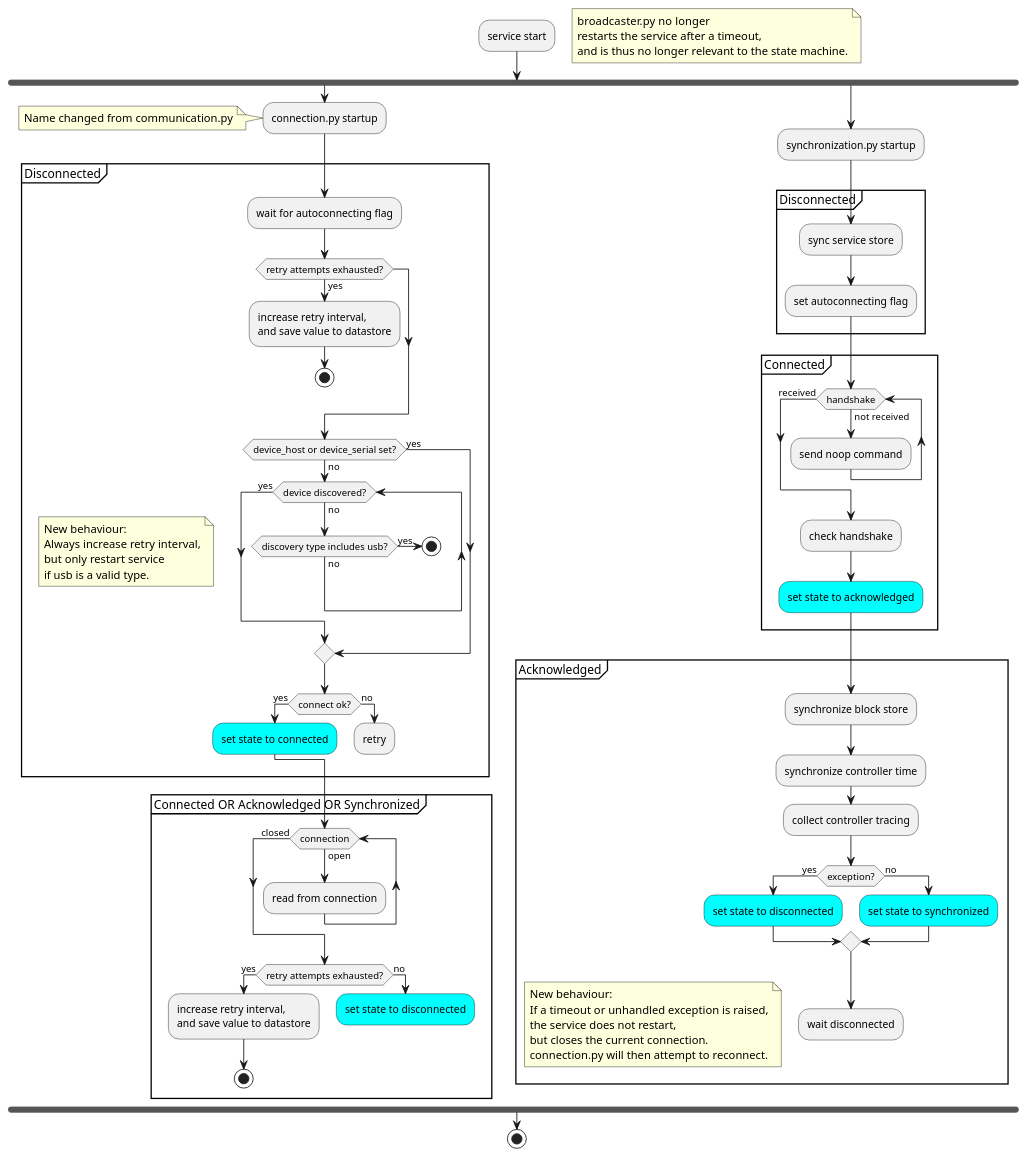
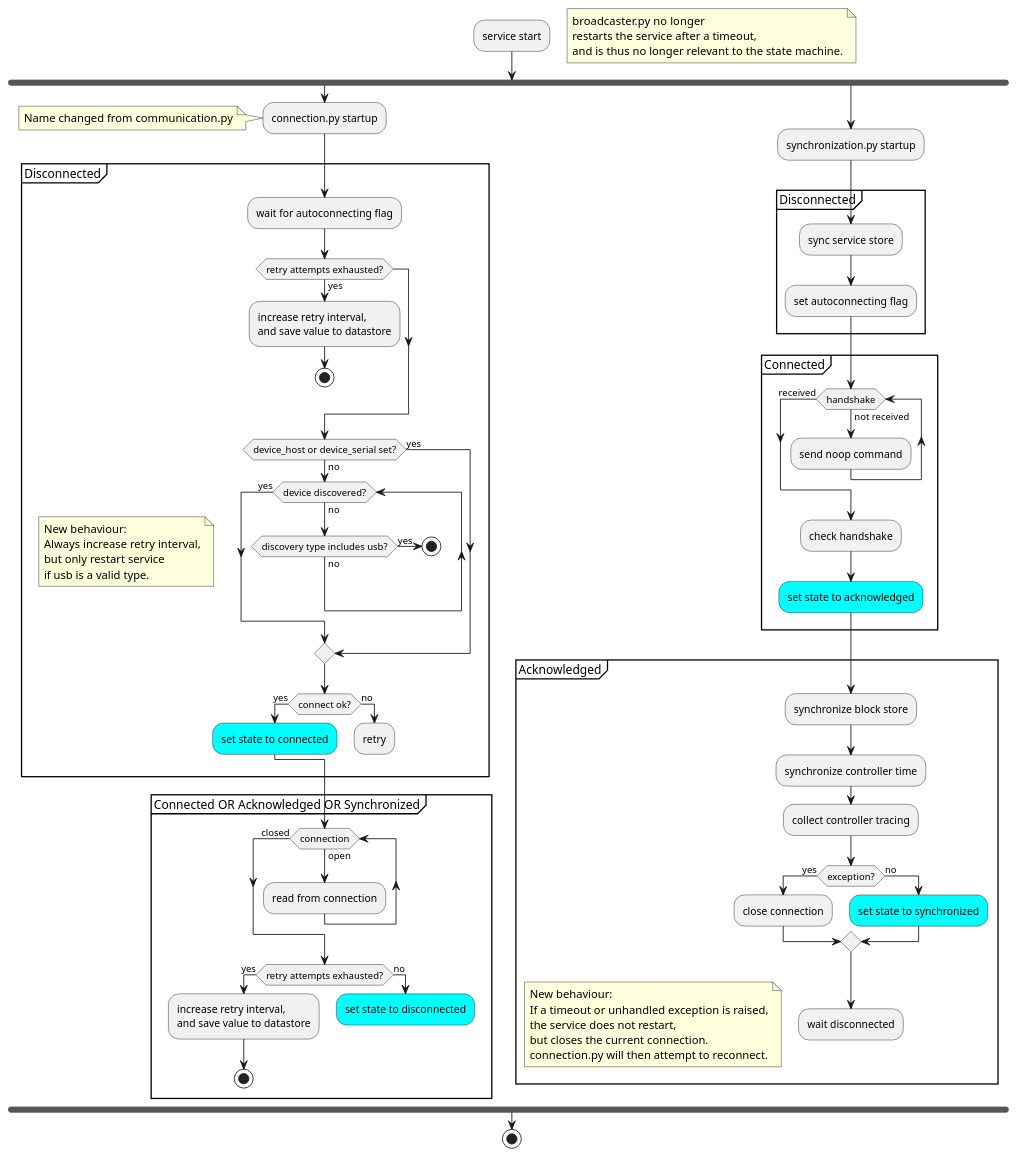
One commit to BrewBlox/brewblox-documentation changed the second of 2 diagrams in docs/dev/decisions/20201008_devcon_connect_states.md. Above: the diagram before and after it, drawn with PlantUML.

Commit message:
close connection in synchronized; don't set state

```diff
--- a/docs/dev/decisions/20201008_devcon_connect_states.md
+++ b/docs/dev/decisions/20201008_devcon_connect_states.md
@@ -285,7 +285,7 @@
         :synchronize controller time;
         :collect controller tracing;
         if (exception?) then (yes)
-            #cyan:set state to disconnected;
+            :close connection;
         else (no)
             #cyan:set state to synchronized;
         endif
```
